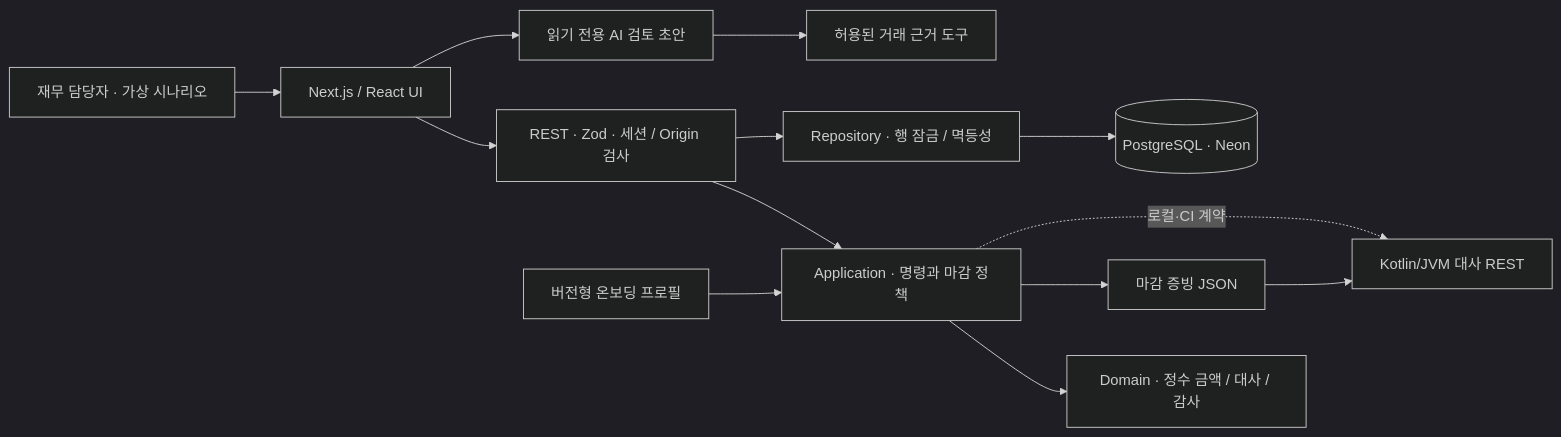
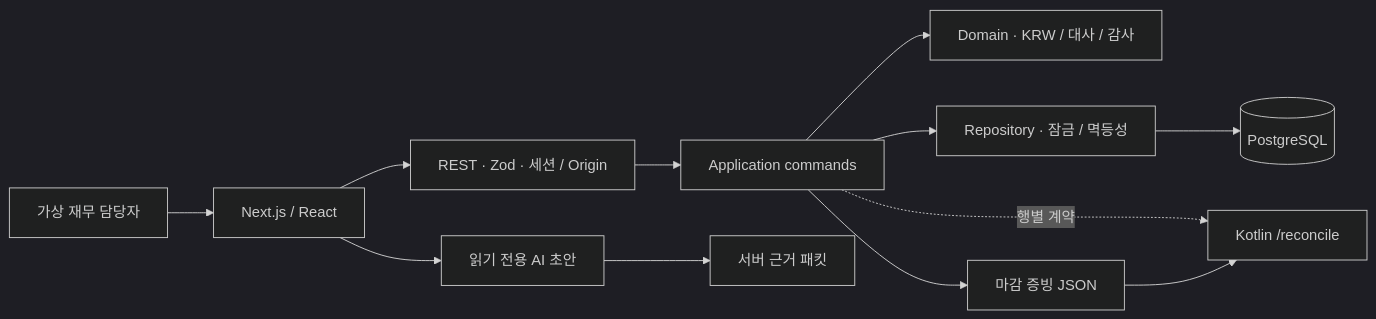
Before and after one commit to kwakhyun/closepilot: the diagram in README.md, drawn with Mermaid (dark theme). The commit also changed other lines of this file and 40 other files, not shown here.

````diff
--- a/README.md
+++ b/README.md
@@ -73,15 +45,14 @@
 ```mermaid
 flowchart LR
-  User[재무 담당자 · 가상 시나리오] --> UI[Next.js / React UI]
-  UI --> API[REST · Zod · 세션 / Origin 검사]
-  UI --> Agent[읽기 전용 AI 검토 초안]
-  Agent --> Evidence[허용된 거래 근거 도구]
-  API --> App[Application · 명령과 마감 정책]
-  App --> Domain[Domain · 정수 금액 / 대사 / 감사]
-  API --> Repo[Repository · 행 잠금 / 멱등성]
-  Repo --> DB[(PostgreSQL · Neon)]
+  User[가상 재무 담당자] --> UI[Next.js / React]
+  UI --> API[REST · Zod · 세션 / Origin]
+  API --> App[Application commands]
+  App --> Domain[Domain · KRW / 대사 / 감사]
+  App --> Repo[Repository · 잠금 / 멱등성]
+  Repo --> DB[(PostgreSQL)]
+  UI --> Agent[읽기 전용 AI 초안]
+  Agent --> Evidence[서버 근거 패킷]
+  App -. 행별 계약 .-> Kotlin[Kotlin /reconcile]
   App --> Package[마감 증빙 JSON]
-  Profile[버전형 온보딩 프로필] --> App
-  App -. 로컬·CI 계약 .-> Kotlin[Kotlin/JVM 대사 REST]
   Package --> Kotlin
 ```
````
